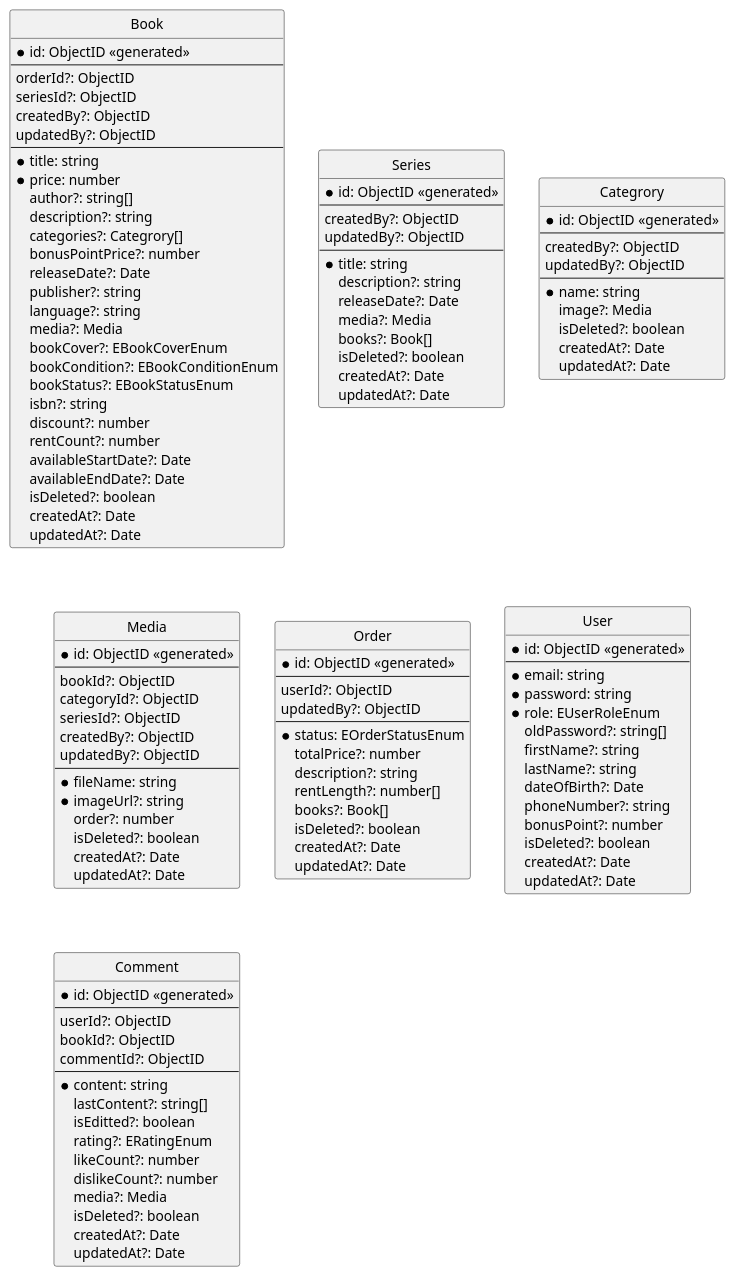
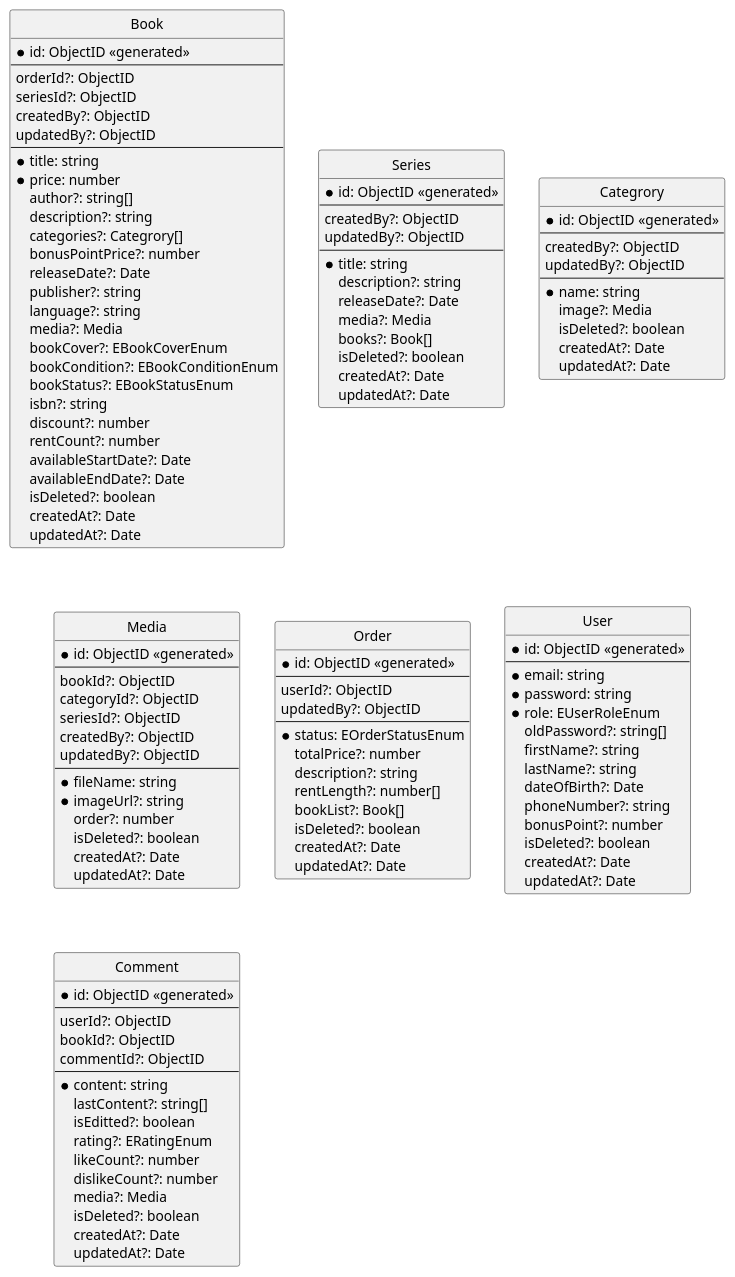
The diagram in docs/ERD/ERD.puml (taint3110/bookshare), drawn with PlantUML before and after one commit. The commit also changed 6 other files, not shown here.

```diff
--- a/docs/ERD/ERD.puml
+++ b/docs/ERD/ERD.puml
@@ -1,174 +1,174 @@
 @startuml BookShare Entity Relationship Diagram
 hide circle
 skinparam linetype ortho
 
 
 entity "Book" as book {
   *id: ObjectID <<generated>>
   --
   orderId?: ObjectID
   seriesId?: ObjectID
   createdBy?: ObjectID
   updatedBy?: ObjectID
   --
   *title: string
   *price: number
   author?: string[]
   description?: string
   categories?: Categrory[]
   bonusPointPrice?: number
   releaseDate?: Date
   publisher?: string
   language?: string
   media?: Media
   bookCover?: EBookCoverEnum
   ' enum EBookCoverEnum {
   '   SOFT = 'soft',
   '   HARD = 'hard',
   ' }
   bookCondition?: EBookConditionEnum
   ' enum EBookConditionEnum {
   '   NEW = 'new',
   '   OLD = 'old',
   '   DAMAGED = 'damaged',
   '   LOST = 'lost',
   ' }
   bookStatus?: EBookStatusEnum
   ' enum EBookStatusEnum {
   '   AVAILABLE = 'available',
   '   UNAVAILABLE = 'unavailable',
   '   RENTED = '  ',
   ' }
   isbn?: string
   discount?: number
   rentCount?: number
   availableStartDate?: Date
   availableEndDate?: Date
   isDeleted?: boolean
   createdAt?: Date
   updatedAt?: Date
 }
 
 entity "Series" as series {
   *id: ObjectID <<generated>>
   --
   createdBy?: ObjectID
   updatedBy?: ObjectID
   --
   *title: string
   description?: string
   releaseDate?: Date
   media?: Media
   books?: Book[]
   isDeleted?: boolean
   createdAt?: Date
   updatedAt?: Date
 }
 
 
 entity "Categrory" as category {
   *id: ObjectID <<generated>>
   --
   createdBy?: ObjectID
   updatedBy?: ObjectID
   --
   *name: string
   image?: Media
   isDeleted?: boolean
   createdAt?: Date
   updatedAt?: Date
 }
 
 entity "Media" as media {
   *id: ObjectID <<generated>>
   --
   bookId?: ObjectID
   categoryId?: ObjectID
   seriesId?: ObjectID
   createdBy?: ObjectID
   updatedBy?: ObjectID
   --
   *fileName: string
   *imageUrl?: string
   order?: number
   isDeleted?: boolean
   createdAt?: Date
   updatedAt?: Date
 }
 
 
 entity "Order" as order {
   *id: ObjectID <<generated>>
   --
   userId?: ObjectID
   updatedBy?: ObjectID
   --
   *status: EOrderStatusEnum
   ' enum EApplicantStatus {
   '   NEW = 'new',
   '   READY = 'ready',
   '   DONE = 'done',
   '   FAILED = 'failed',
   '   CANCELLED = 'cancelled',
   '   RETURNED = 'returned',
   '   REFUNDED = 'refunded',
   '   OVERDUE = 'overdue',
   ' }
   totalPrice?: number
   description?: string
   rentLength?: number[]
-  books?: Book[]
+  bookList?: Book[]
   isDeleted?: boolean
   createdAt?: Date
   updatedAt?: Date
 }
 
 entity "User" as user {
   *id: ObjectID <<generated>>
   --
   *email: string
   *password: string
   *role: EUserRoleEnum
   ' enum EUserRoleEnum {
   '   ADMIN = 'admin',
   '   CUSTOMER = 'customer',
   '   STAFF = 'staff',
   ' }
   oldPassword?: string[]
   firstName?: string
   lastName?: string
   dateOfBirth?: Date
   phoneNumber?: string
   bonusPoint?: number
   isDeleted?: boolean
   createdAt?: Date
   updatedAt?: Date
 }
 
 entity "Comment" as comment {
   *id: ObjectID <<generated>>
   --
   userId?: ObjectID
   bookId?: ObjectID
   commentId?: ObjectID
   --
   *content: string
   lastContent?: string[]
   isEditted?: boolean
   rating?: ERatingEnum
   ' ERatingEnum {
   '  ONE = 1,
   '  TWO = 2,
   '  THREE = 3,
   '  FOUR = 4,
   '  FIVE = 5,
   ' }
   likeCount?: number
   dislikeCount?: number
   media?: Media
   isDeleted?: boolean
   createdAt?: Date
   updatedAt?: Date
 }
 
 @enduml
```
